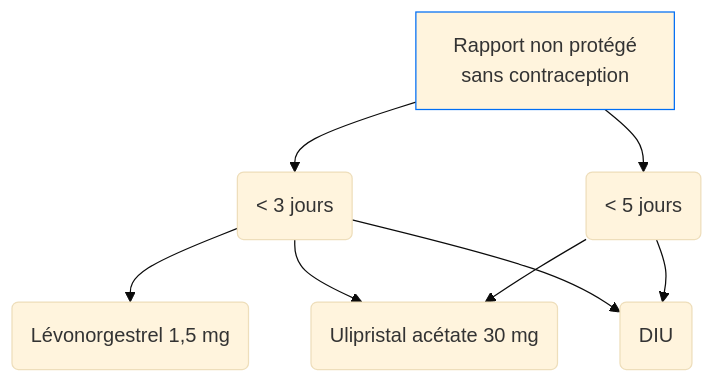
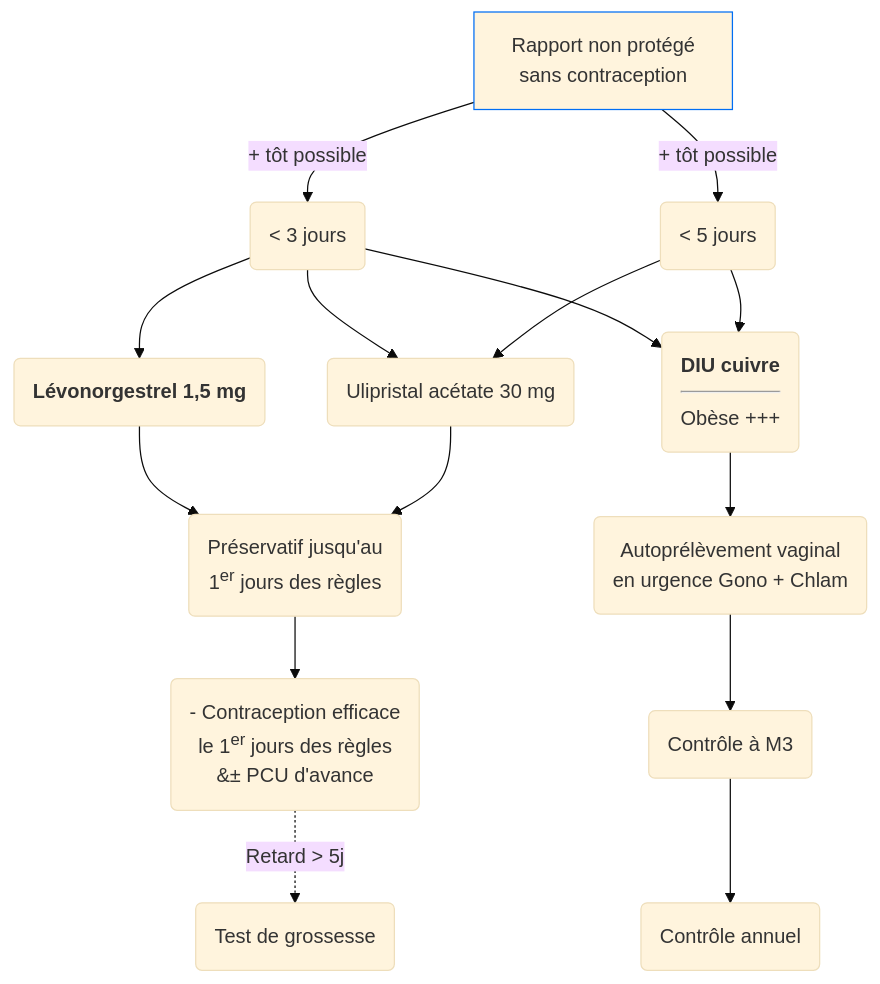
One commit to djibe/recommandations-medicales changed the diagram in content/recommandations/contraception-urgence.md. Above: the diagram before and after it, drawn with Mermaid (base theme). The commit also changed other lines of this file and 11 other files, not shown here.

```diff
--- a/content/recommandations/contraception-urgence.md
+++ b/content/recommandations/contraception-urgence.md
@@ -115,11 +119,18 @@
 {{< mermaid title="Conduite à tenir pour la contraception d'urgence. Dr JB FRON d'après HAS 2019" >}}
 graph TB
-  rapport["Rapport non protégé<br>sans contraception"] --> 3jours("&lt; 3 jours")
+  rapport[Rapport non protégé<br>sans contraception] -- + tôt possible --> 3jours(&lt; 3 jours)
   style rapport stroke:#006ef4, stroke-width:1px
-  rapport --> 5jours("&lt; 5 jours")
-    3jours --> levonorgestrel(Lévonorgestrel 1,5 mg)
-    3jours --> ulipristal(Ulipristal acétate 30 mg)
-    3jours --> diu(DIU)
-    5jours --> ulipristal
-    5jours --> diu
+  rapport -- + tôt possible --> 5jours("&lt; 5 jours")
+    3jours --> LN(<b>Lévonorgestrel 1,5 mg</b>)
+      LN --> preservatif("Préservatif jusqu'au<br>1<sup>er</sup> jours des règles")
+        preservatif --> contraception("- Contraception efficace<br>le 1<sup>er</sup> jours des règles<br>&#177; PCU d'avance")
+          contraception -. Retard &gt; 5j .-> retard(Test de grossesse)
+    3jours --> UPA(Ulipristal acétate 30 mg)
+      UPA --> preservatif
+    3jours --> DIU(<b>DIU cuivre</b><hr>Obèse +++)
+     DIU --> autoprlt(Autoprélèvement vaginal<br>en urgence Gono + Chlam)
+       autoprlt --> controleDIU(Contrôle à M3)
+         controleDIU --> controle(Contrôle annuel)
+    5jours --> UPA
+    5jours --> DIU
 {{< /mermaid >}}
```
